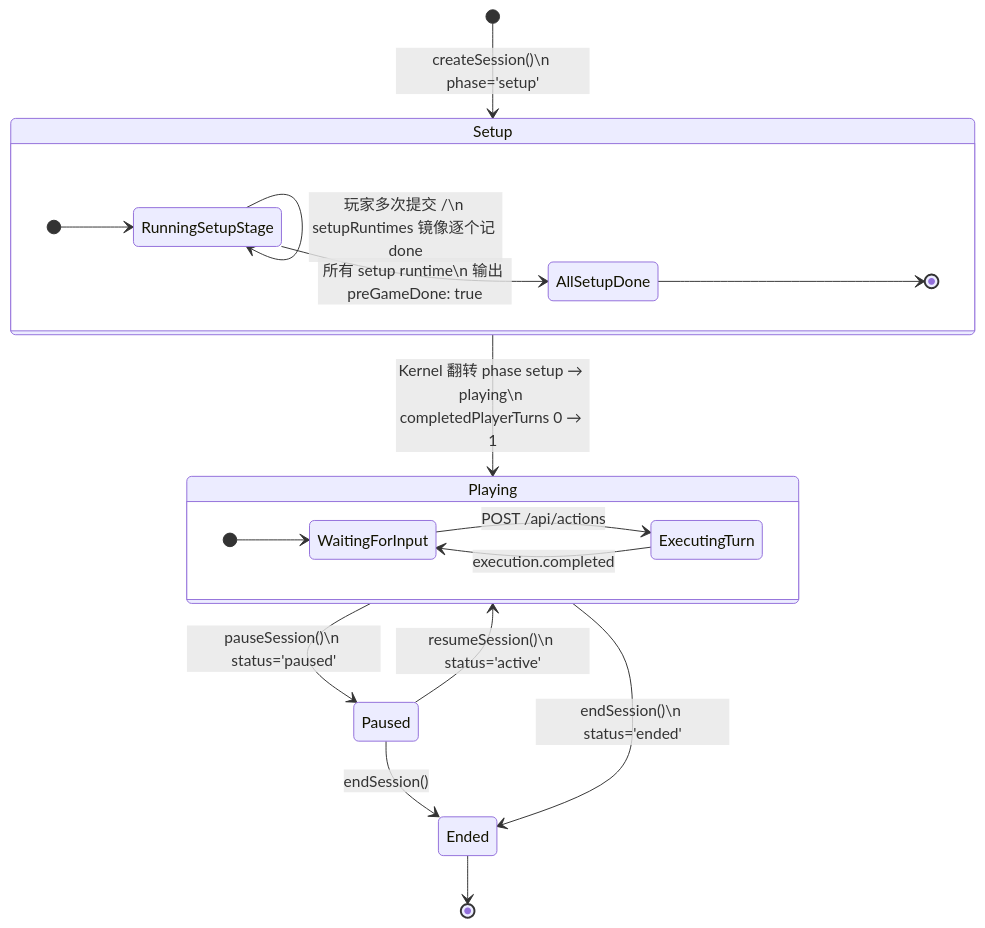
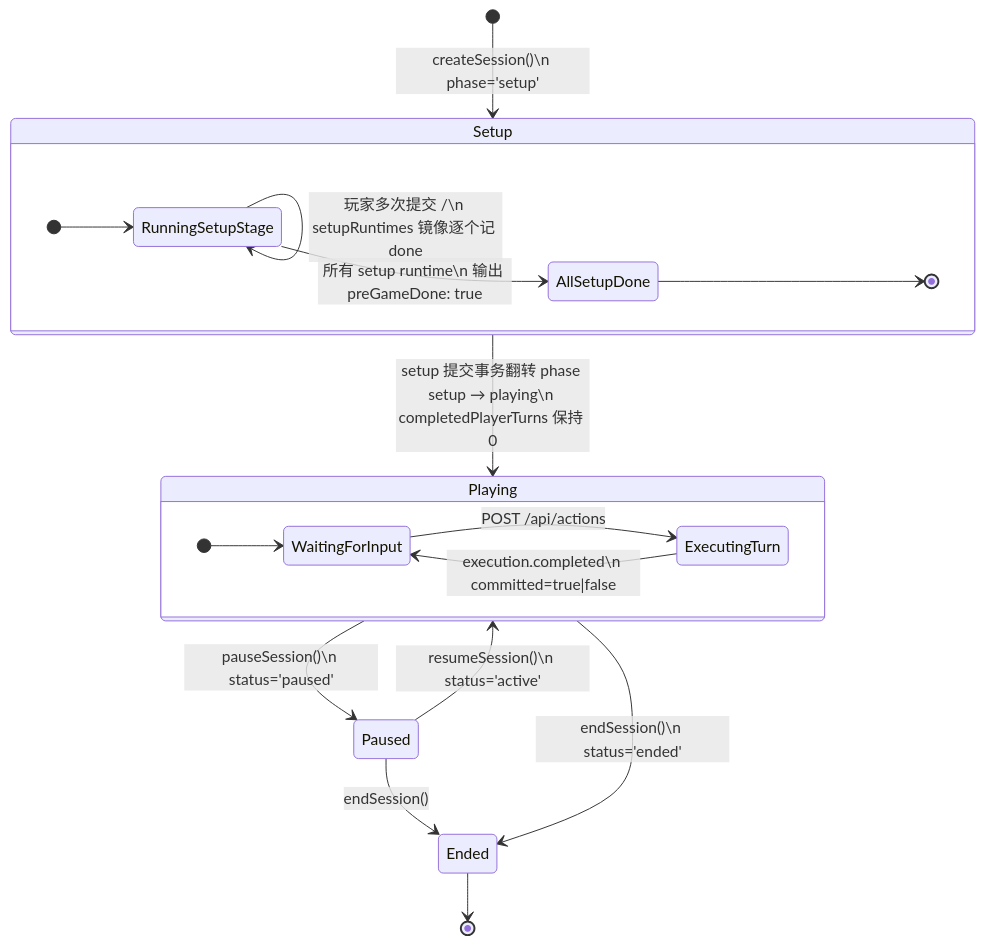
The first of 3 diagrams in docs/architecture/flow.md (ackness/covel), drawn with Mermaid before and after one commit. The commit also changed other lines of this file and 88 other files, not shown here.

Commit message:
fix: harden framework turn and plugin flows

````diff
--- a/docs/architecture/flow.md
+++ b/docs/architecture/flow.md
@@ -54,27 +54,27 @@
 ```mermaid
 stateDiagram-v2
     [*] --> Setup: createSession()\n phase='setup'
 
     state Setup {
         direction LR
         [*] --> RunningSetupStage
         RunningSetupStage --> RunningSetupStage: 玩家多次提交 /\n setupRuntimes 镜像逐个记 done
         RunningSetupStage --> AllSetupDone: 所有 setup runtime\n 输出 preGameDone: true
         AllSetupDone --> [*]
     }
 
-    Setup --> Playing: Kernel 翻转 phase setup → playing\n completedPlayerTurns 0 → 1
+    Setup --> Playing: setup 提交事务翻转 phase setup → playing\n completedPlayerTurns 保持 0
 
     state Playing {
         direction LR
         [*] --> WaitingForInput
         WaitingForInput --> ExecutingTurn: POST /api/actions
-        ExecutingTurn --> WaitingForInput: execution.completed
+        ExecutingTurn --> WaitingForInput: execution.completed\n committed=true|false
     }
 
     Playing --> Paused: pauseSession()\n status='paused'
     Paused --> Playing: resumeSession()\n status='active'
     Playing --> Ended: endSession()\n status='ended'
     Paused --> Ended: endSession()
     Ended --> [*]
 ```
````
